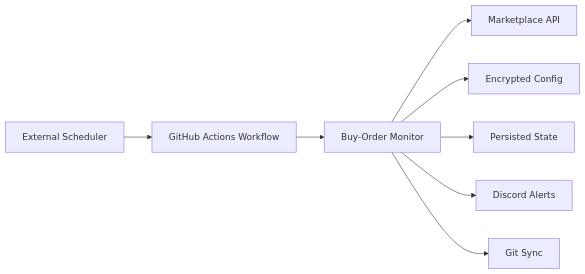
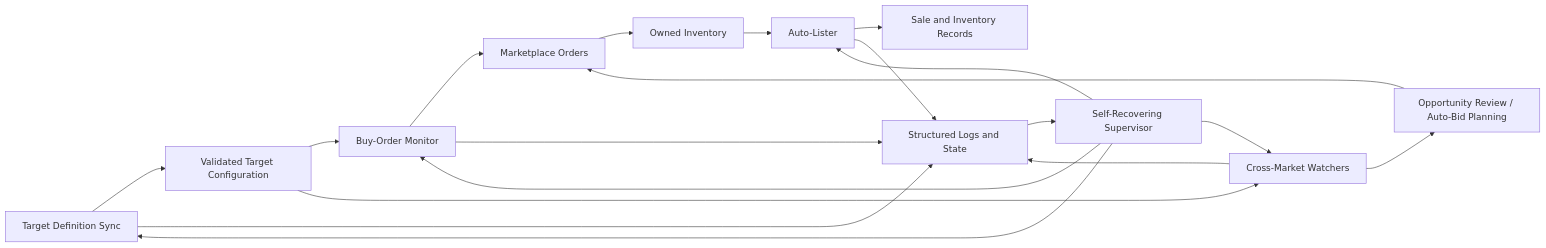
Before and after one commit to ChardXBT/CS2-Marketplace-Trading-System: the first of 3 diagrams in README.md, drawn with Mermaid. The commit also changed other lines of this file, not shown here.

Commit message:
Document complete marketplace automation platform

````diff
--- a/README.md
+++ b/README.md
@@ -9,10 +15,23 @@
 ```mermaid
 flowchart LR
-    A["External Scheduler"] --> B["GitHub Actions Workflow"]
+    A["Target Definition Sync"] --> B["Validated Target Configuration"]
     B --> C["Buy-Order Monitor"]
-    C --> D["Marketplace API"]
-    C --> E["Encrypted Config"]
-    C --> F["Persisted State"]
-    C --> G["Discord Alerts"]
-    C --> H["Git Sync"]
+    B --> D["Cross-Market Watchers"]
+    D --> E["Opportunity Review / Auto-Bid Planning"]
+    C --> F["Marketplace Orders"]
+    E --> F
+    F --> G["Owned Inventory"]
+    G --> H["Auto-Lister"]
+    H --> I["Sale and Inventory Records"]
+
+    S["Self-Recovering Supervisor"] --> C
+    S --> D
+    S --> H
+    S --> A
+
+    C --> O["Structured Logs and State"]
+    D --> O
+    H --> O
+    A --> O
+    O --> S
 ```
````
